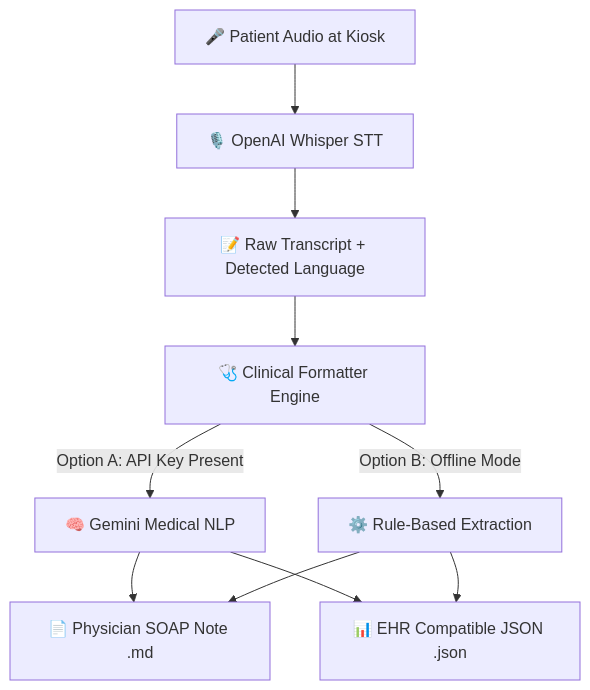
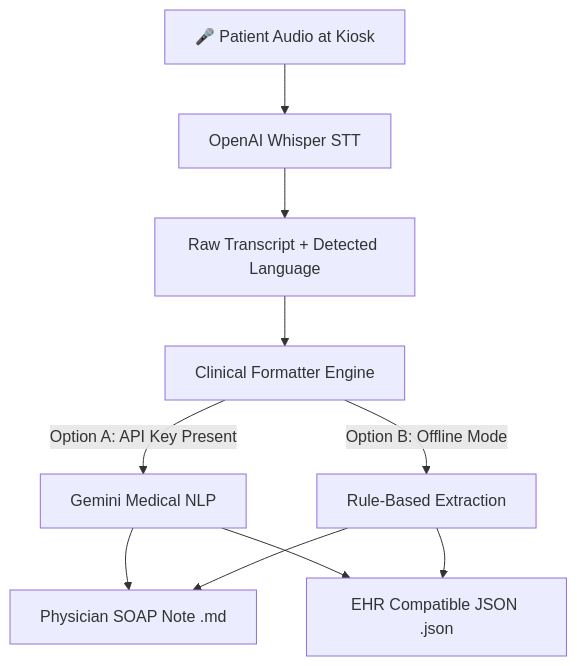
The diagram in README.md (syashas150506-a11y/SIH_2026), drawn with Mermaid before and after one commit. The commit also changed other lines of this file, not shown here.

````diff
--- a/README.md
+++ b/README.md
@@ -27,12 +27,12 @@
 ```mermaid
 graph TD
-    A[🎤 Patient Audio at Kiosk] --> B[🎙️ OpenAI Whisper STT]
-    B --> C[📝 Raw Transcript + Detected Language]
-    C --> D[🩺 Clinical Formatter Engine]
-    D -->|Option A: API Key Present| E[🧠 Gemini Medical NLP]
-    D -->|Option B: Offline Mode| F[⚙️ Rule-Based Extraction]
-    E --> G[📄 Physician SOAP Note .md]
+    A[🎤 Patient Audio at Kiosk] --> B[ OpenAI Whisper STT]
+    B --> C[ Raw Transcript + Detected Language]
+    C --> D[ Clinical Formatter Engine]
+    D -->|Option A: API Key Present| E[ Gemini Medical NLP]
+    D -->|Option B: Offline Mode| F[ Rule-Based Extraction]
+    E --> G[ Physician SOAP Note .md]
     F --> G
-    E --> H[📊 EHR Compatible JSON .json]
+    E --> H[ EHR Compatible JSON .json]
     F --> H
 ```
````
